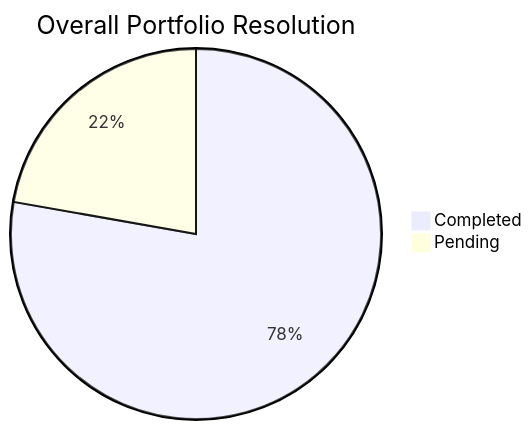
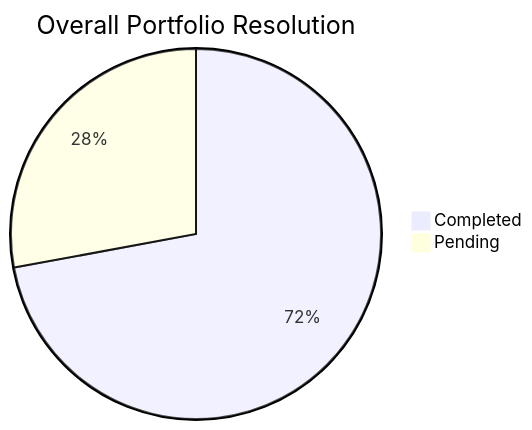
One commit to sagarms97/MyWorkDairy changed the diagram in Global_Summary.md. Above: the diagram before and after it, drawn with Mermaid. The commit also changed other lines of this file and 6 other files, not shown here.

````diff
--- a/Global_Summary.md
+++ b/Global_Summary.md
@@ -12,5 +12,5 @@
 ```mermaid
 pie title Overall Portfolio Resolution
-    "Completed" : 28
-    "Pending" : 8
+    "Completed" : 31
+    "Pending" : 12
 ```
````
